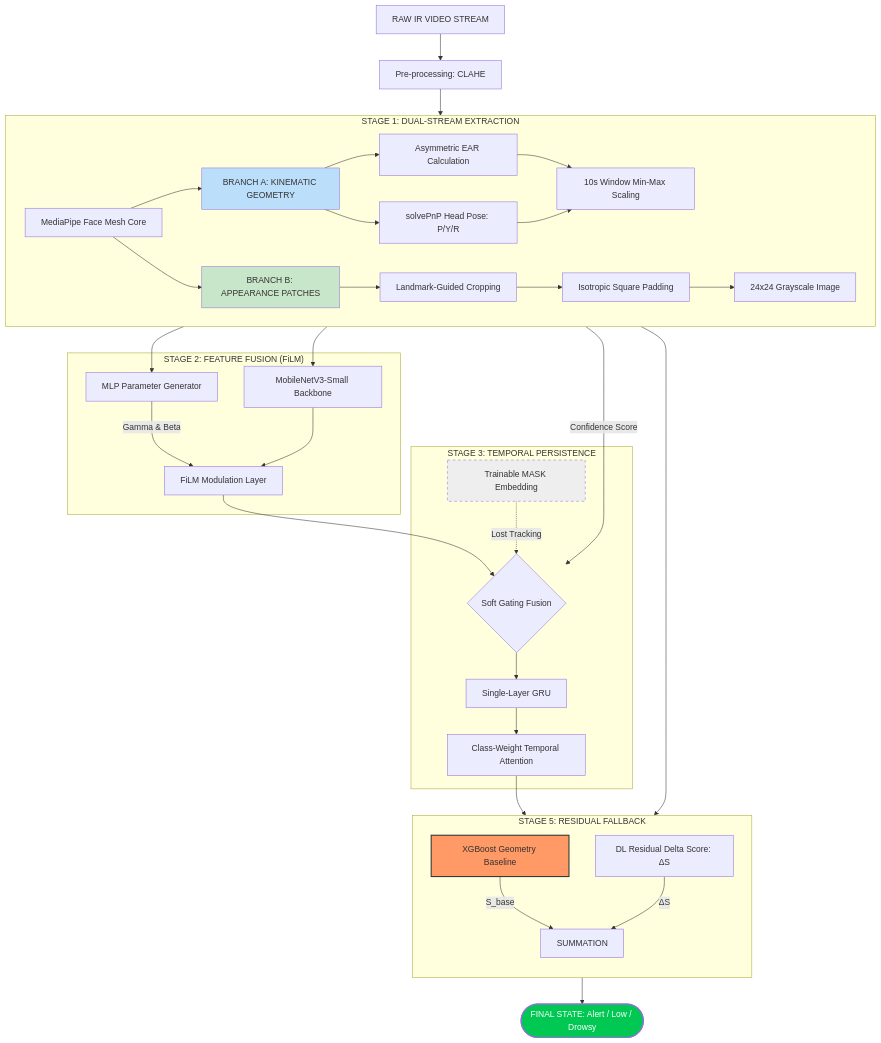
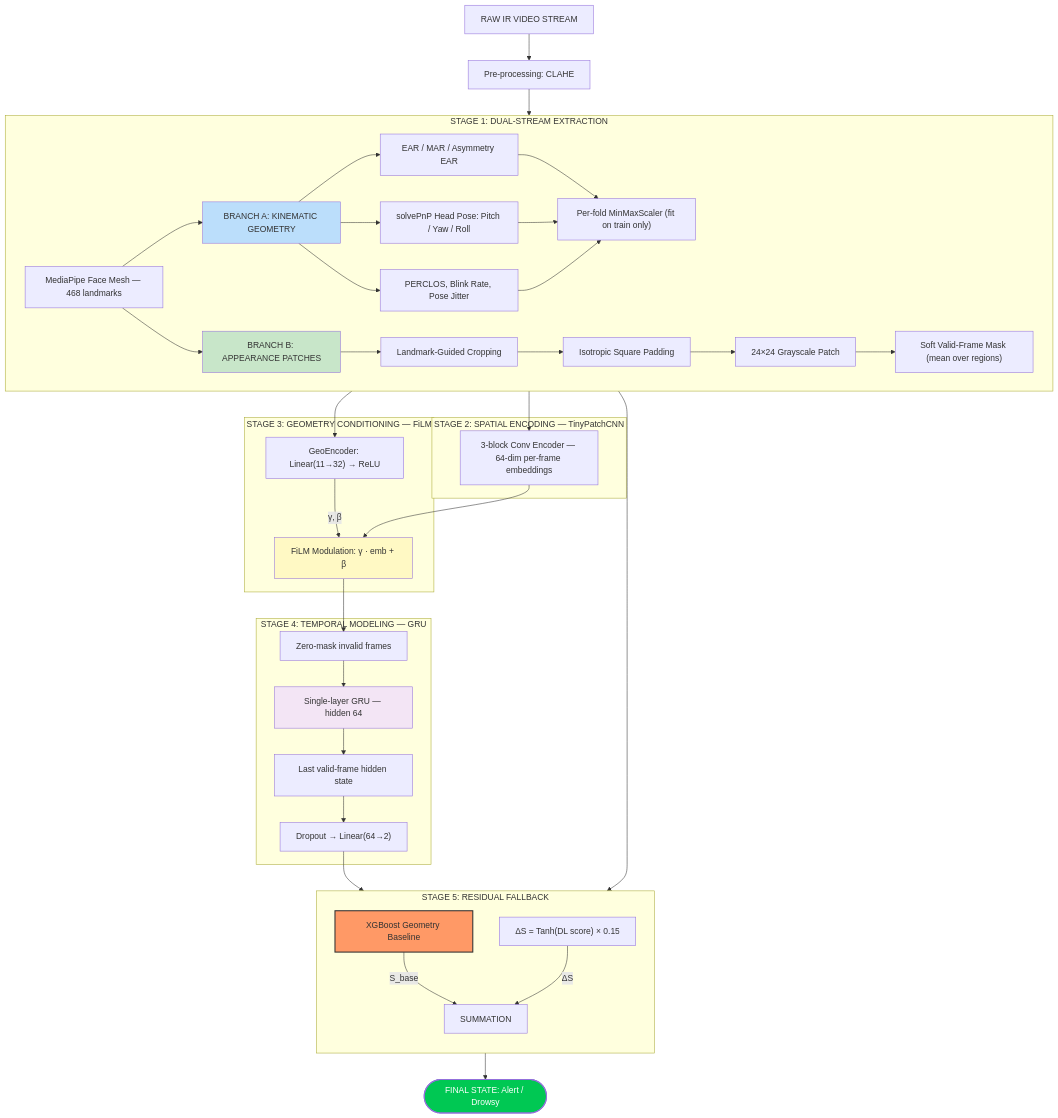
The diagram in METHODOLOGY.md (thanhhuyvan/Lightweight-DMS), drawn with Mermaid before and after one commit. The commit also changed other lines of this file and 1 other file, not shown here.

````diff
--- a/METHODOLOGY.md
+++ b/METHODOLOGY.md
@@ -4,59 +5,60 @@
 ```mermaid
 graph TD
     %% Input Layer
     Input[RAW IR VIDEO STREAM] --> Pre[Pre-processing: CLAHE]
-    
-    %% Stage 1: Landmark Tracking
-    Pre --> MP[MediaPipe Face Mesh Core]
-    
+
+    %% Landmark Tracking
+    Pre --> MP[MediaPipe Face Mesh — 468 landmarks]
+
     subgraph "STAGE 1: DUAL-STREAM EXTRACTION"
         direction LR
         %% Branch A: Geometry
         MP --> BrA[BRANCH A: KINEMATIC GEOMETRY]
-        BrA --> Geo1[Asymmetric EAR Calculation]
-        BrA --> Geo2[solvePnP Head Pose: P/Y/R]
-        Geo1 & Geo2 --> Norm[10s Window Min-Max Scaling]
-        
+        BrA --> Geo1["EAR / MAR / Asymmetry EAR"]
+        BrA --> Geo2["solvePnP Head Pose: Pitch / Yaw / Roll"]
+        BrA --> Geo3["PERCLOS, Blink Rate, Pose Jitter"]
+        Geo1 & Geo2 & Geo3 --> Norm["Per-fold MinMaxScaler (fit on train only)"]
+
         %% Branch B: Appearance
         MP --> BrB[BRANCH B: APPEARANCE PATCHES]
         BrB --> Crop[Landmark-Guided Cropping]
         Crop --> Pad[Isotropic Square Padding]
-        Pad --> CNN_In[24x24 Grayscale Image]
+        Pad --> Resize["24×24 Grayscale Patch"]
+        Resize --> Mask["Soft Valid-Frame Mask (mean over regions)"]
     end
 
-    %% Stage 2: Fusion
-    subgraph "STAGE 2: FEATURE FUSION (FiLM)"
-        Norm --> MLP[MLP Parameter Generator]
-        MLP -->|Gamma & Beta| FiLM[FiLM Modulation Layer]
-        CNN_In --> MobNet[MobileNetV3-Small Backbone]
-        MobNet --> FiLM
+    subgraph "STAGE 2: SPATIAL ENCODING — TinyPatchCNN"
+        Mask --> CNN["3-block Conv Encoder — 64-dim per-frame embeddings"]
     end
 
-    %% Stage 3: Temporal Modeling
-    subgraph "STAGE 3: TEMPORAL PERSISTENCE"
-        FiLM --> Gate{Soft Gating Fusion}
-        MP -->|Confidence Score| Gate
-        Mask[Trainable MASK Embedding] -.->|Lost Tracking| Gate
-        Gate --> GRU[Single-Layer GRU]
-        GRU --> Att[Class-Weight Temporal Attention]
+    subgraph "STAGE 3: GEOMETRY CONDITIONING — FiLM"
+        Norm --> GeoEnc["GeoEncoder: Linear(11→32) → ReLU"]
+        GeoEnc -->|"γ, β"| FiLM["FiLM Modulation: γ · emb + β"]
+        CNN --> FiLM
     end
 
-    %% Stage 5: Classification
+    subgraph "STAGE 4: TEMPORAL MODELING — GRU"
+        FiLM --> ZeroMask["Zero-mask invalid frames"]
+        ZeroMask --> GRU["Single-layer GRU — hidden 64"]
+        GRU --> LastValid["Last valid-frame hidden state"]
+        LastValid --> Head["Dropout → Linear(64→2)"]
+    end
+
     subgraph "STAGE 5: RESIDUAL FALLBACK"
         direction TB
         Norm --> XGB[XGBoost Geometry Baseline]
-        Att --> Residual[DL Residual Delta Score: ΔS]
+        Head --> Delta["ΔS = Tanh(DL score) × 0.15"]
         XGB -->|S_base| Sum[SUMMATION]
-        Residual -->|ΔS| Sum
+        Delta -->|ΔS| Sum
     end
 
-    %% Output
-    Sum --> Output([FINAL STATE: Alert / Low / Drowsy])
+    Sum --> Output(["FINAL STATE: Alert / Drowsy"])
 
     %% Styling
     style XGB fill:#f96,stroke:#333,stroke-width:2px
     style Output fill:#00c853,color:#fff,stroke-width:2px
-    style Mask fill:#eee,stroke-dasharray: 5 5
     style BrA fill:#bbdefb
     style BrB fill:#c8e6c9
+    style FiLM fill:#fff9c4
+    style GRU fill:#f3e5f5
 ```
````
